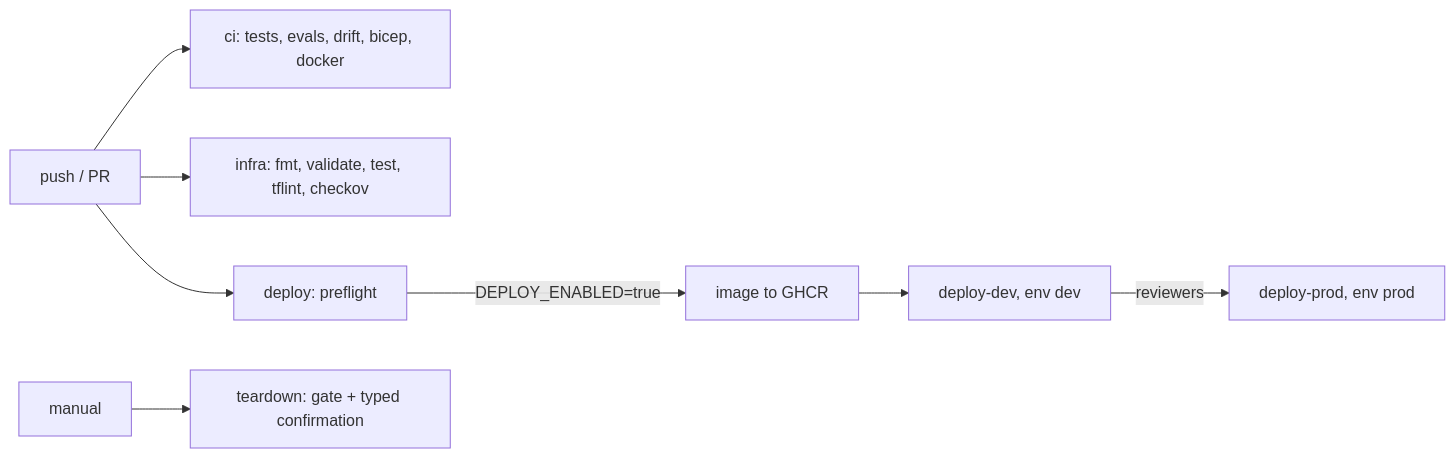
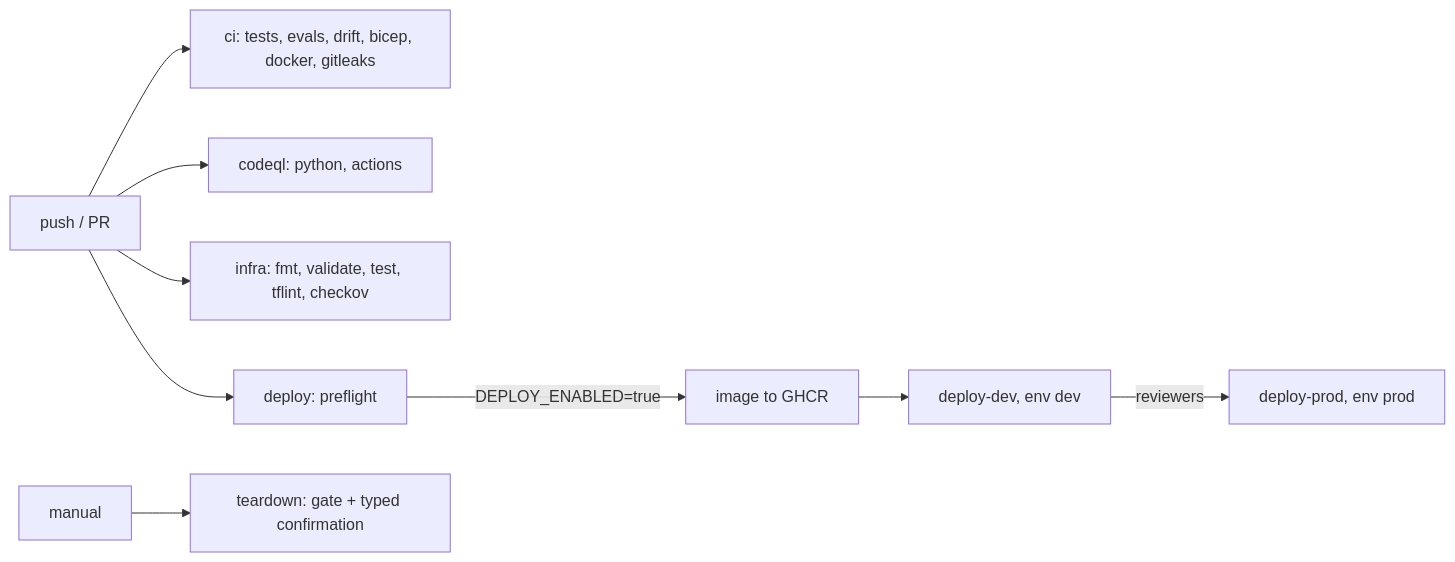
Before and after one commit to jagadishmazure-jpg/Jagadish-ai-maturity-assessment: the diagram in docs/infra/workflows.md, drawn with Mermaid. The commit also changed other lines of this file and 6 other files, not shown here.

````diff
--- a/docs/infra/workflows.md
+++ b/docs/infra/workflows.md
@@ -16,8 +16,9 @@
 ```mermaid
 flowchart LR
-  PR[push / PR] --> CI[ci: tests, evals, drift, bicep, docker]
+  PR[push / PR] --> CI[ci: tests, evals, drift, bicep, docker, gitleaks]
+  PR --> CQL[codeql: python, actions]
   PR --> INF[infra: fmt, validate, test, tflint, checkov]
   PR --> DEP[deploy: preflight]
   DEP -->|DEPLOY_ENABLED=true| IMG[image to GHCR] --> DEV[deploy-dev, env dev] -->|reviewers| PROD[deploy-prod, env prod]
   MAN[manual] --> TD[teardown: gate + typed confirmation]
 ```
````
